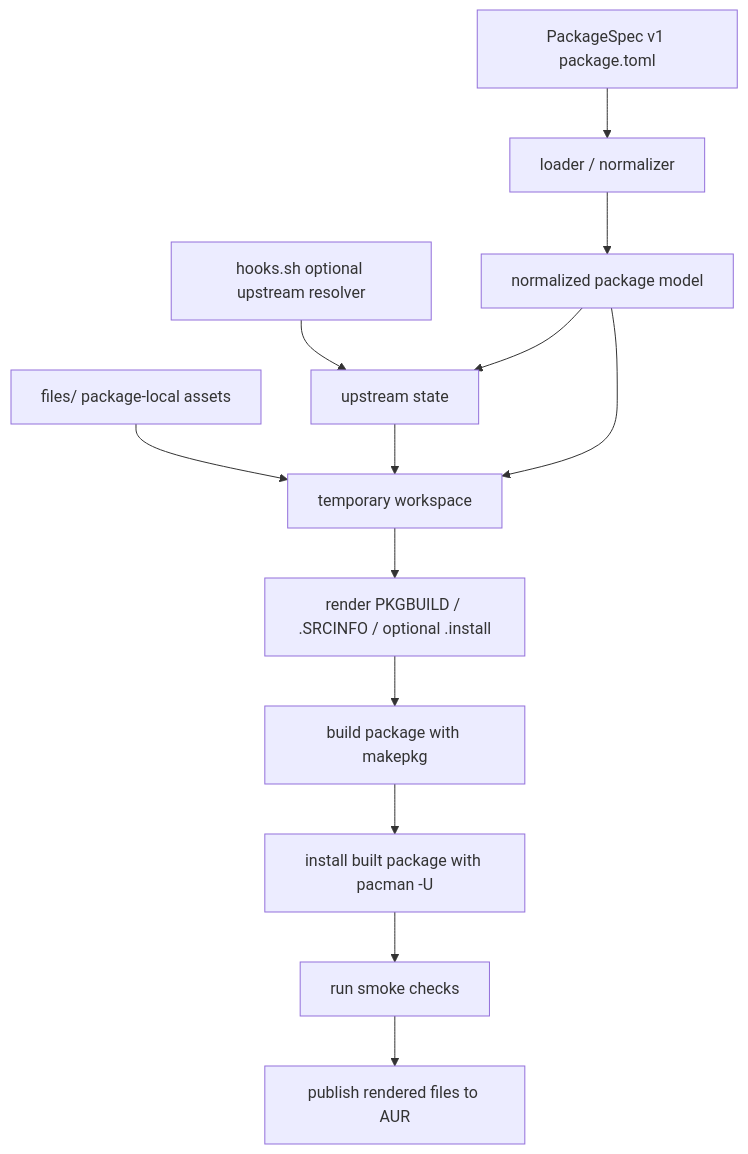
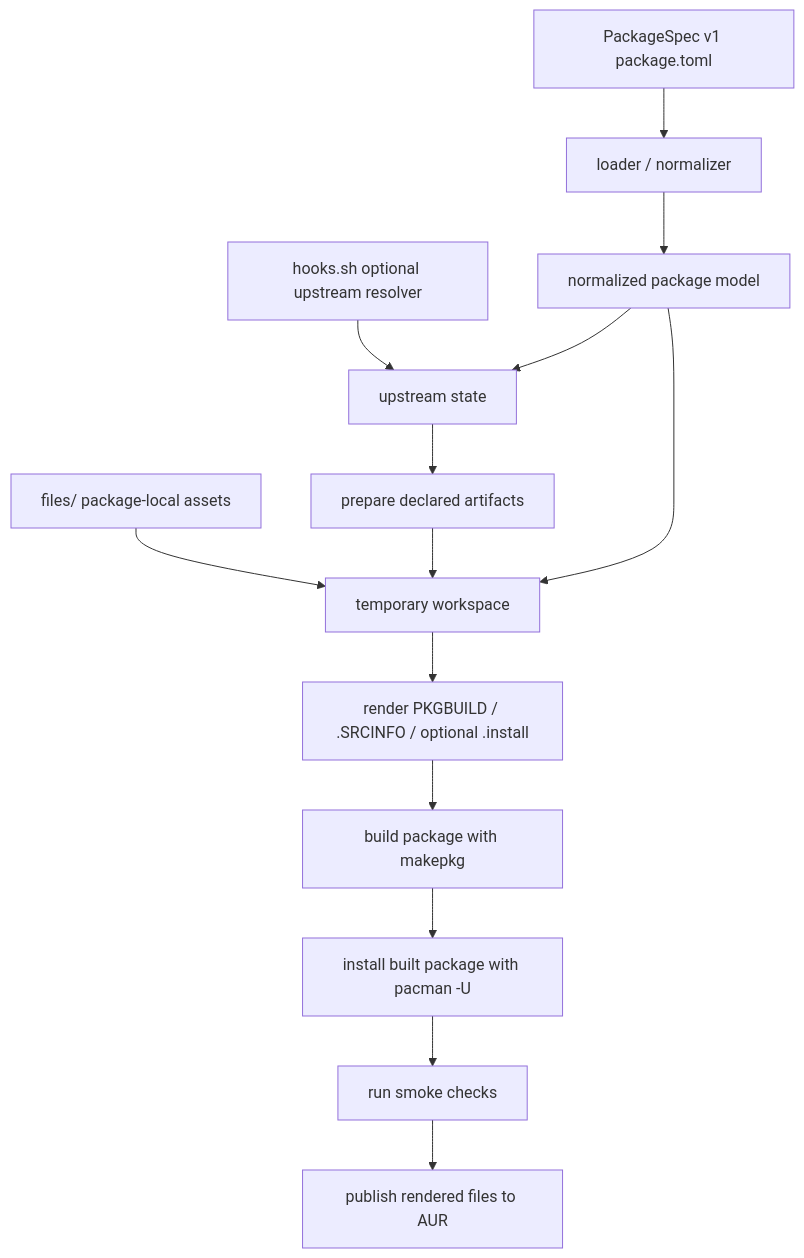
One commit to theorangeguo/aur-packages changed the first of 4 diagrams in docs/WORKFLOW.md. Above: the diagram before and after it, drawn with Mermaid. The commit also changed other lines of this file and 10 other files, not shown here.

````diff
--- a/docs/WORKFLOW.md
+++ b/docs/WORKFLOW.md
@@ -27,16 +27,17 @@
 ```mermaid
 flowchart TD
     A[PackageSpec v1 package.toml] --> B[loader / normalizer]
     C[hooks.sh optional upstream resolver] --> D[upstream state]
     E[files/ package-local assets] --> F[temporary workspace]
 
     B --> G[normalized package model]
     G --> D
-    D --> F
+    D --> M[prepare declared artifacts]
+    M --> F
     G --> F
     F --> H[render PKGBUILD / .SRCINFO / optional .install]
     H --> I[build package with makepkg]
     I --> J[install built package with pacman -U]
     J --> K[run smoke checks]
     K --> L[publish rendered files to AUR]
 ```
````
